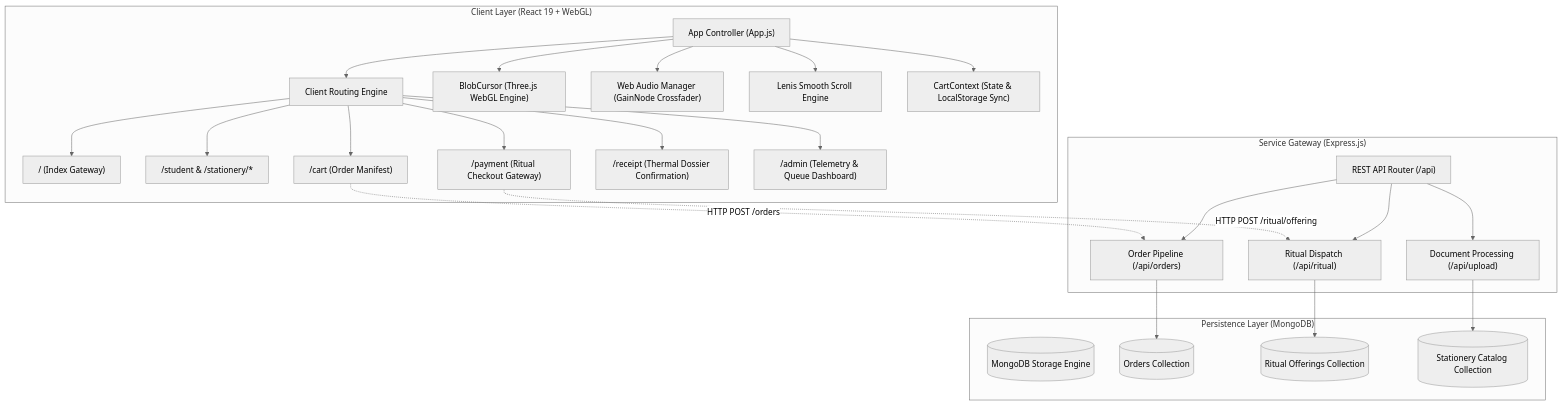
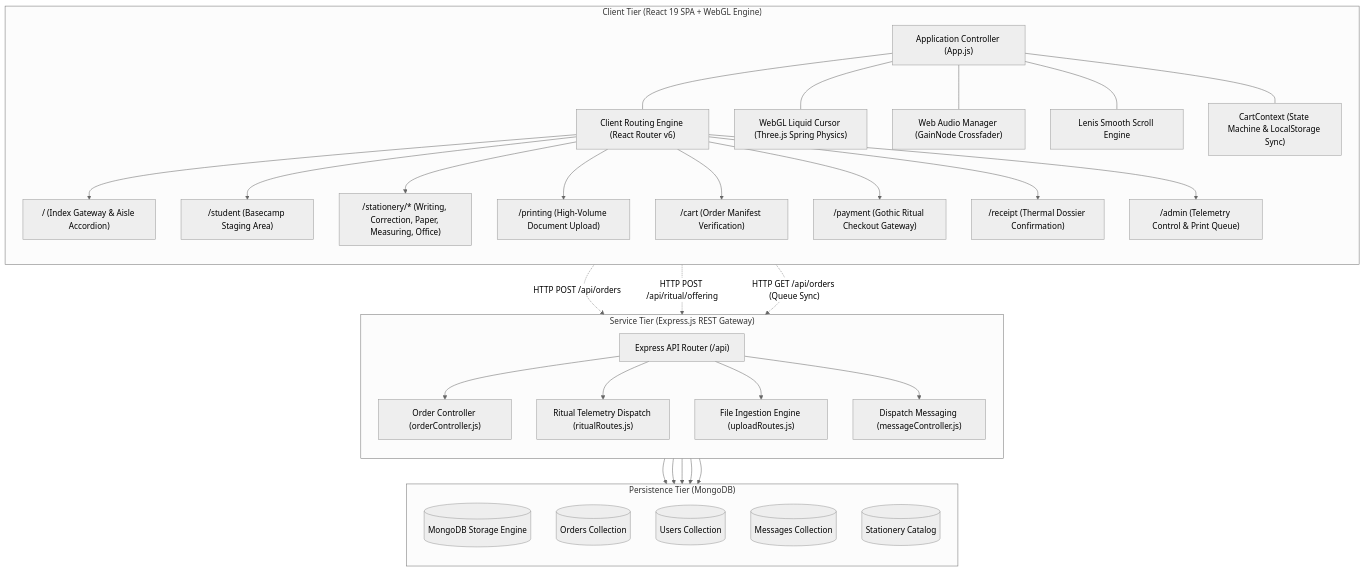
The first of 2 diagrams in README.md (imMohammedSahil/Odyssey), drawn with Mermaid (neutral theme) before and after one commit. The commit also changed other lines of this file, not shown here.

Commit message:
docs: upgrade README with comprehensive architectural specifications and subsystem deep dives

````diff
--- a/README.md
+++ b/README.md
@@ -24,49 +30,60 @@
 ```mermaid
 flowchart TD
-    subgraph Client ["Client Layer (React 19 + WebGL)"]
-        Shell["App Controller (App.js)"]
-        Router["Client Routing Engine"]
-        Cursor["BlobCursor (Three.js WebGL Engine)"]
-        Audio["Web Audio Manager (GainNode Crossfader)"]
-        Scroll["Lenis Smooth Scroll Engine"]
-        Cart["CartContext (State & LocalStorage Sync)"]
+    subgraph ClientTier ["Client Tier (React 19 SPA + WebGL Engine)"]
+        direction TB
+        AppShell["Application Controller (App.js)"]
+        Router["Client Routing Engine (React Router v6)"]
+        BlobCursor["WebGL Liquid Cursor (Three.js Spring Physics)"]
+        AudioEng["Web Audio Manager (GainNode Crossfader)"]
+        ScrollEng["Lenis Smooth Scroll Engine"]
+        CartStore["CartContext (State Machine & LocalStorage Sync)"]
         
-        Shell --> Router
-        Shell --> Cursor
-        Shell --> Audio
-        Shell --> Scroll
-        Shell --> Cart
+        AppShell --- Router
+        AppShell --- BlobCursor
+        AppShell --- AudioEng
+        AppShell --- ScrollEng
+        AppShell --- CartStore
         
-        Router --> P_Intro["/ (Index Gateway)"]
-        Router --> P_Catalog["/student & /stationery/*"]
-        Router --> P_Cart["/cart (Order Manifest)"]
-        Router --> P_Payment["/payment (Ritual Checkout Gateway)"]
+        Router --> P_Intro["/ (Index Gateway & Aisle Accordion)"]
+        Router --> P_Student["/student (Basecamp Staging Area)"]
+        Router --> P_Aisles["/stationery/* (Writing, Correction, Paper, Measuring, Office)"]
+        Router --> P_Print["/printing (High-Volume Document Upload)"]
+        Router --> P_Cart["/cart (Order Manifest Verification)"]
+        Router --> P_Payment["/payment (Gothic Ritual Checkout Gateway)"]
         Router --> P_Receipt["/receipt (Thermal Dossier Confirmation)"]
-        Router --> P_Admin["/admin (Telemetry & Queue Dashboard)"]
+        Router --> P_Admin["/admin (Telemetry Control & Print Queue)"]
     end
 
-    subgraph Gateway ["Service Gateway (Express.js)"]
-        API["REST API Router (/api)"]
-        OrderRoutes["Order Pipeline (/api/orders)"]
-        RitualRoutes["Ritual Dispatch (/api/ritual)"]
-        UploadRoutes["Document Processing (/api/upload)"]
+    subgraph ServiceTier ["Service Tier (Express.js REST Gateway)"]
+        direction TB
+        APIRouter["Express API Router (/api)"]
+        OrderController["Order Controller (orderController.js)"]
+        RitualController["Ritual Telemetry Dispatch (ritualRoutes.js)"]
+        UploadController["File Ingestion Engine (uploadRoutes.js)"]
+        MessageController["Dispatch Messaging (messageController.js)"]
         
-        API --> OrderRoutes
-        API --> RitualRoutes
-        API --> UploadRoutes
+        APIRouter --> OrderController
+        APIRouter --> RitualController
+        APIRouter --> UploadController
+        APIRouter --> MessageController
     end
 
-    subgraph Persistence ["Persistence Layer (MongoDB)"]
+    subgraph PersistenceTier ["Persistence Tier (MongoDB)"]
+        direction TB
         Database[("MongoDB Storage Engine")]
         Col_Orders[("Orders Collection")]
-        Col_Rituals[("Ritual Offerings Collection")]
-        Col_Inventory[("Stationery Catalog Collection")]
+        Col_Users[("Users Collection")]
+        Col_Messages[("Messages Collection")]
+        Col_Inventory[("Stationery Catalog")]
         
-        OrderRoutes --> Col_Orders
-        RitualRoutes --> Col_Rituals
-        UploadRoutes --> Col_Inventory
+        OrderController --> Col_Orders
+        OrderController --> Col_Users
+        RitualController --> Col_Orders
+        MessageController --> Col_Messages
+        UploadController --> Col_Inventory
     end
 
-    P_Cart -. "HTTP POST /orders" .-> OrderRoutes
-    P_Payment -. "HTTP POST /ritual/offering" .-> RitualRoutes
+    P_Cart -. "HTTP POST /api/orders" .-> OrderController
+    P_Payment -. "HTTP POST /api/ritual/offering" .-> RitualController
+    P_Admin -. "HTTP GET /api/orders (Queue Sync)" .-> OrderController
 ```
````
